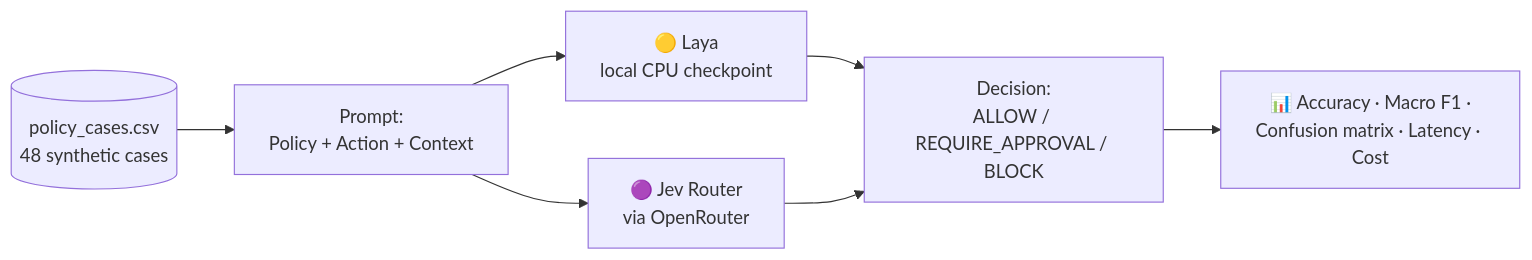
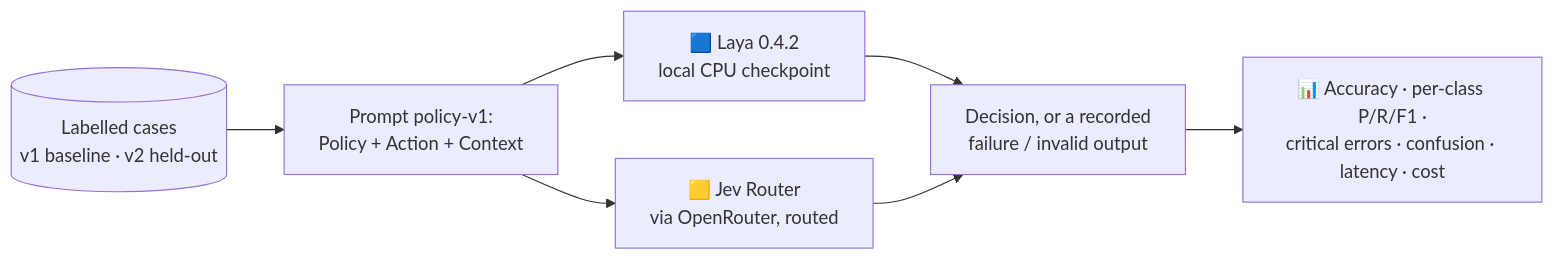
One commit to lavanya1402/systemone-benchlab changed the diagram in README.md. Above: the diagram before and after it, drawn with Mermaid. The commit also changed other lines of this file and 236 other files, not shown here.

````diff
--- a/README.md
+++ b/README.md
@@ -58,9 +80,9 @@
 ```mermaid
 flowchart LR
-    D[(policy_cases.csv<br/>48 synthetic cases)] --> P[Prompt:<br/>Policy + Action + Context]
-    P --> L[🟡 Laya<br/>local CPU checkpoint]
-    P --> J[🟣 Jev Router<br/>via OpenRouter]
-    L --> S[Decision:<br/>ALLOW / REQUIRE_APPROVAL / BLOCK]
-    J --> S
-    S --> M[📊 Accuracy · Macro F1 ·<br/>Confusion matrix · Latency · Cost]
+    D[(Labelled cases<br/>v1 baseline · v2 held-out)] --> P[Prompt policy-v1:<br/>Policy + Action + Context]
+    P --> L[🟦 Laya 0.4.2<br/>local CPU checkpoint]
+    P --> J[🟨 Jev Router<br/>via OpenRouter, routed]
+    L --> R[Decision, or a recorded<br/>failure / invalid output]
+    J --> R
+    R --> M[📊 Accuracy · per-class P/R/F1 ·<br/>critical errors · confusion · latency · cost]
 ```
````
